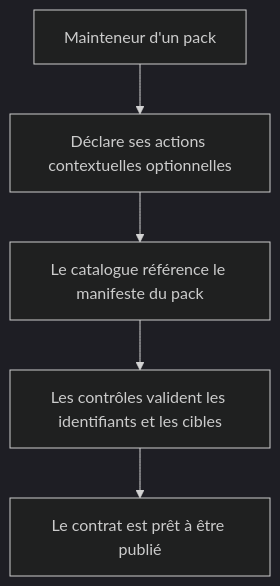
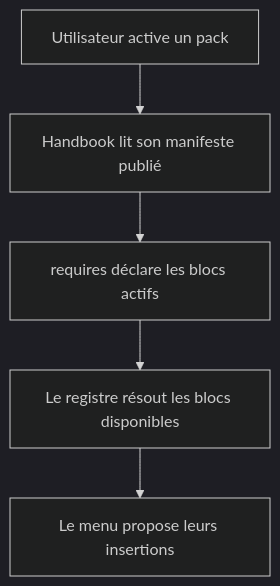
One commit to RebelliousSmile/schema-adrenaline changed the first of 2 diagrams in aidd_docs/tasks/2026_09/2026_09_18_actions-contextuelles-handbook/phase-1.md. Above: the diagram before and after it, drawn with Mermaid (dark theme). The commit also changed other lines of this file and 3 other files, not shown here.

````diff
--- a/aidd_docs/tasks/2026_09/2026_09_18_actions-contextuelles-handbook/phase-1.md
+++ b/aidd_docs/tasks/2026_09/2026_09_18_actions-contextuelles-handbook/phase-1.md
@@ -26,7 +23,7 @@
 ```mermaid
 flowchart TD
-  A[Mainteneur d'un pack] --> B[Déclare ses actions contextuelles optionnelles]
-  B --> C[Le catalogue référence le manifeste du pack]
-  C --> D[Les contrôles valident les identifiants et les cibles]
-  D --> E[Le contrat est prêt à être publié]
+  A[Utilisateur active un pack] --> B[Handbook lit son manifeste publié]
+  B --> C[requires déclare les blocs actifs]
+  C --> D[Le registre résout les blocs disponibles]
+  D --> E[Le menu propose leurs insertions]
 ```
````
